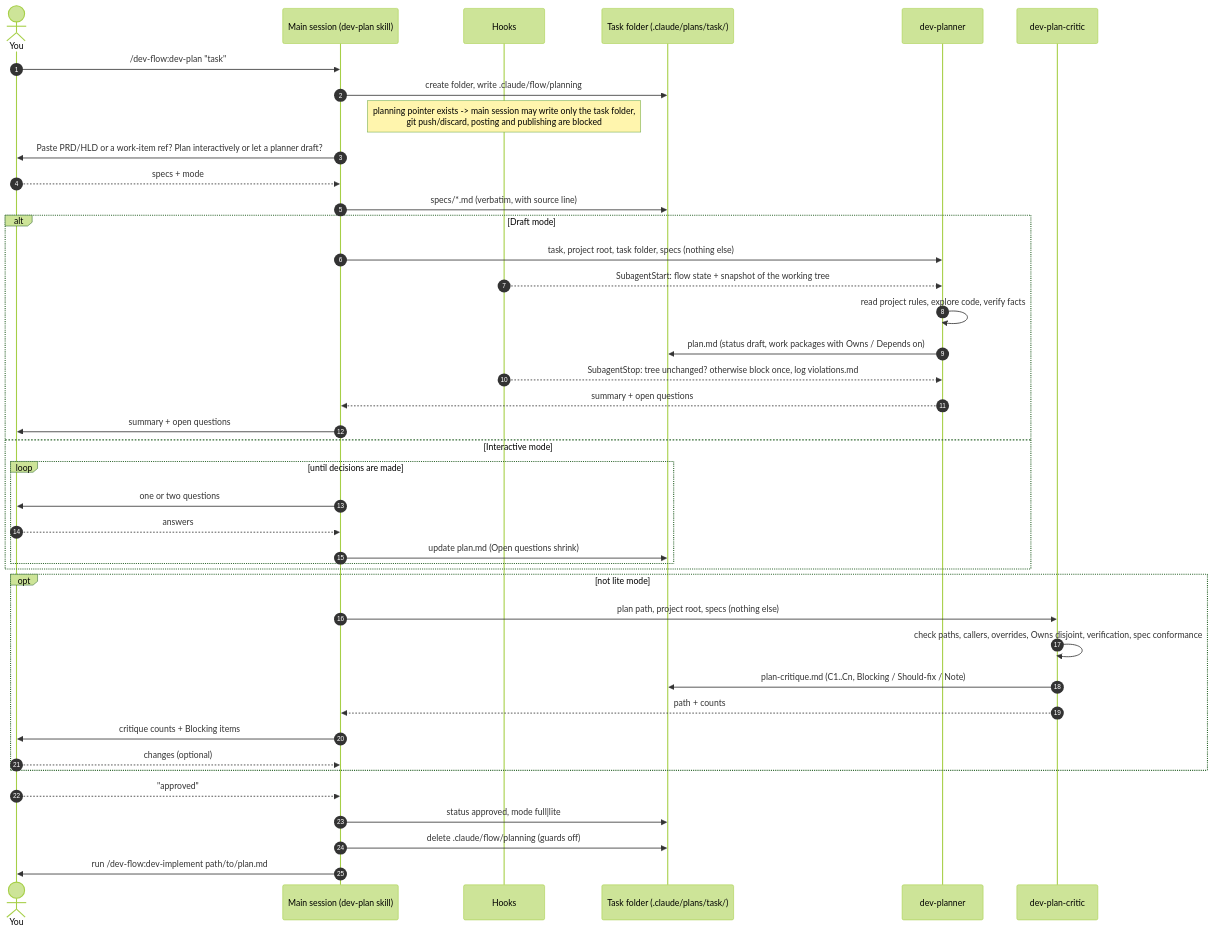
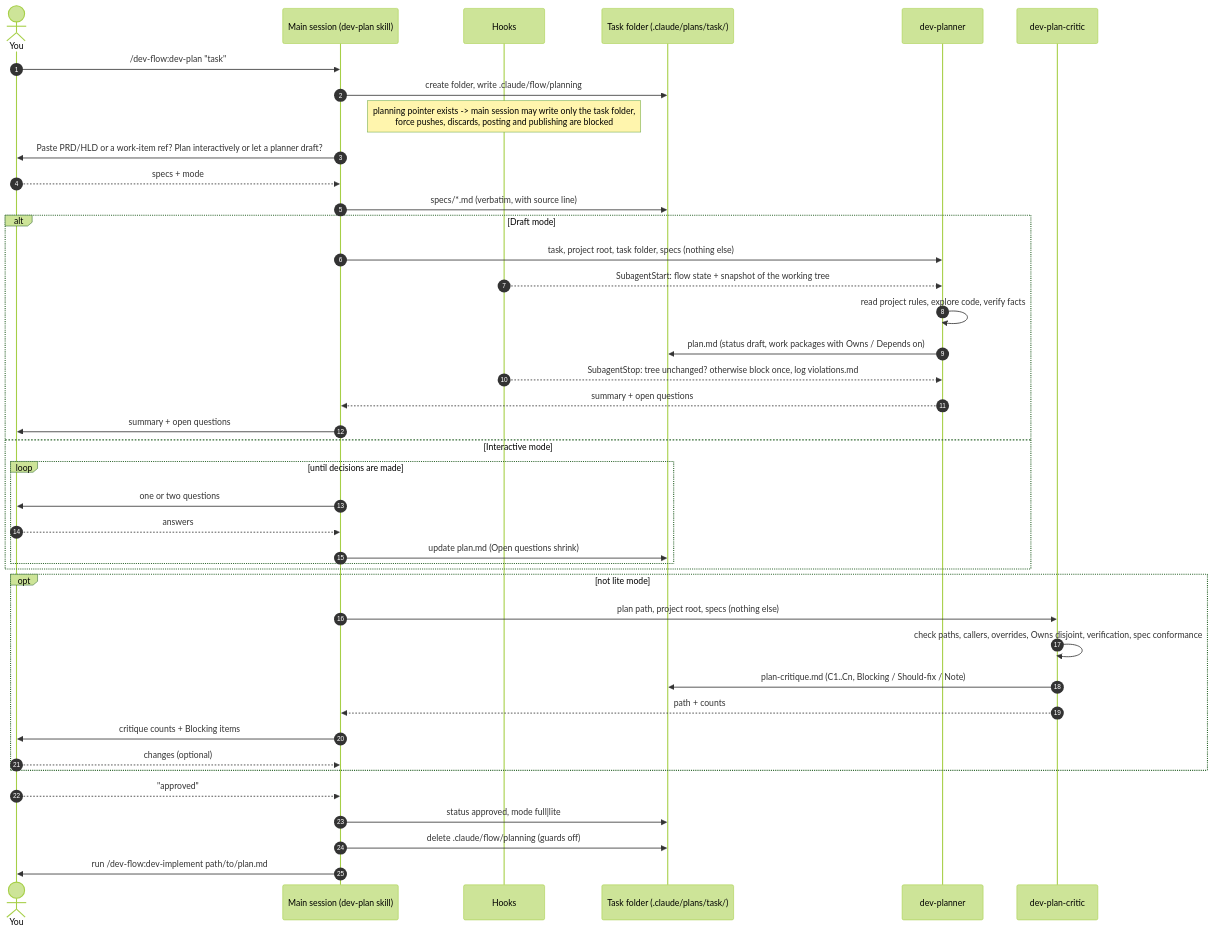
Before and after one commit to MPesin/ai-tools: the first of 2 diagrams in plugins/dev-flow/README.md, drawn with Mermaid (forest theme). The commit also changed other lines of this file and 18 other files, not shown here.

First line of the commit message:
Refine git and hosting platform guards for dev-flow (#16)

````diff
--- a/plugins/dev-flow/README.md
+++ b/plugins/dev-flow/README.md
@@ -27,47 +27,47 @@
 ```mermaid
 sequenceDiagram
     autonumber
     actor U as You
     participant M as Main session (dev-plan skill)
     participant H as Hooks
     participant F as Task folder (.claude/plans/task/)
     participant P as dev-planner
     participant C as dev-plan-critic
 
     U->>M: /dev-flow:dev-plan "task"
     M->>F: create folder, write .claude/flow/planning
-    Note over H: planning pointer exists -> main session may write only the task folder,<br/>git push/discard, posting and publishing are blocked
+    Note over H: planning pointer exists -> main session may write only the task folder,<br/>force pushes, discards, posting and publishing are blocked
     M->>U: Paste PRD/HLD or a work-item ref? Plan interactively or let a planner draft?
     U-->>M: specs + mode
     M->>F: specs/*.md (verbatim, with source line)
 
     alt Draft mode
         M->>P: task, project root, task folder, specs (nothing else)
         H-->>P: SubagentStart: flow state + snapshot of the working tree
         P->>P: read project rules, explore code, verify facts
         P->>F: plan.md (status draft, work packages with Owns / Depends on)
         H-->>P: SubagentStop: tree unchanged? otherwise block once, log violations.md
         P-->>M: summary + open questions
         M->>U: summary + open questions
     else Interactive mode
         loop until decisions are made
             M->>U: one or two questions
             U-->>M: answers
             M->>F: update plan.md (Open questions shrink)
         end
     end
 
     opt not lite mode
         M->>C: plan path, project root, specs (nothing else)
         C->>C: check paths, callers, overrides, Owns disjoint, verification, spec conformance
         C->>F: plan-critique.md (C1..Cn, Blocking / Should-fix / Note)
         C-->>M: path + counts
         M->>U: critique counts + Blocking items
         U-->>M: changes (optional)
     end
 
     U-->>M: "approved"
     M->>F: status approved, mode full|lite
     M->>F: delete .claude/flow/planning (guards off)
     M->>U: run /dev-flow:dev-implement path/to/plan.md
 ```
````
